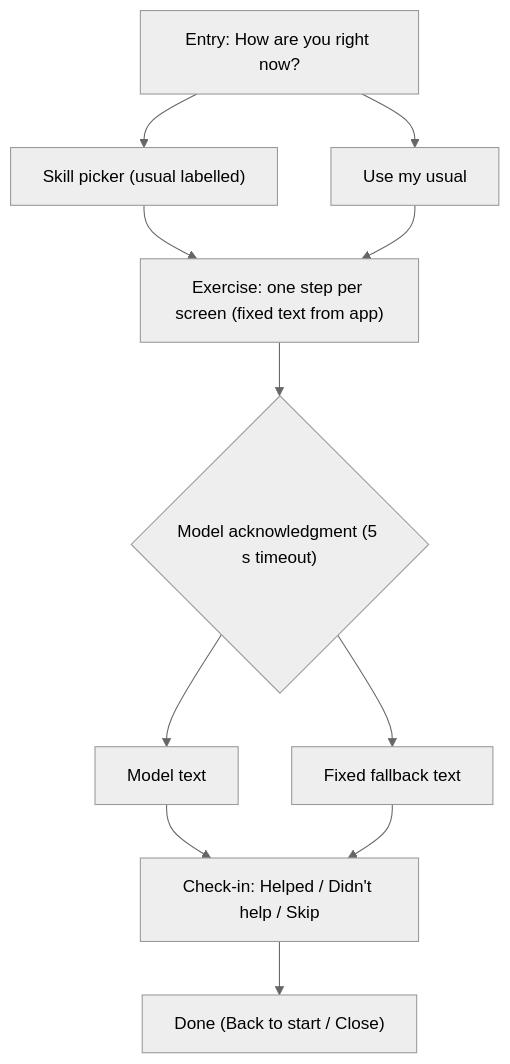
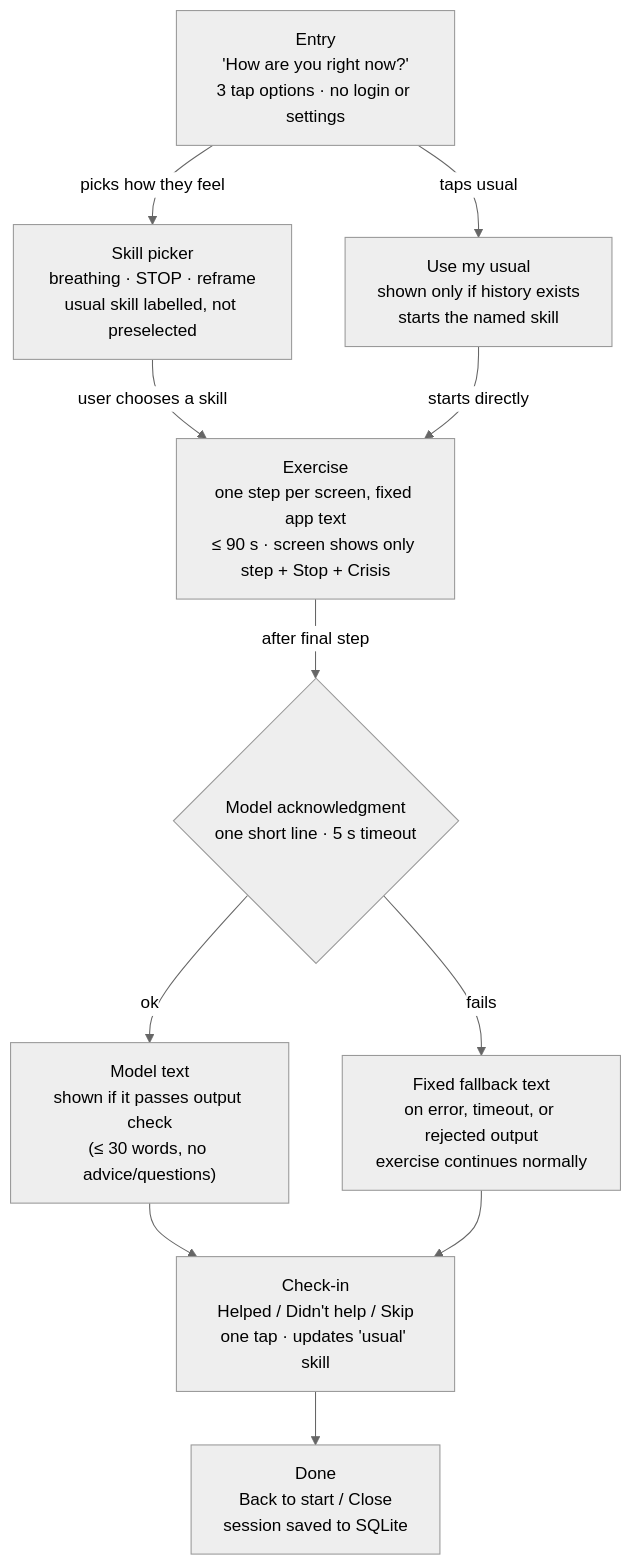
One commit to afukuda69/mental-health-skills-app changed the diagram in docs/design.md. Above: the diagram before and after it, drawn with Mermaid (neutral theme).

Commit message:
Clarify flow diagram labels

````diff
--- a/docs/design.md
+++ b/docs/design.md
@@ -23,14 +23,14 @@
 ```mermaid
 flowchart TD
-    E["Entry: How are you right now?"]
-    E --> P["Skill picker (usual labelled)"]
-    E --> U["Use my usual"]
-    P --> X["Exercise: one step per screen (fixed text from app)"]
-    U --> X
-    X --> M{"Model acknowledgment (5 s timeout)"}
-    M --> MT["Model text"]
-    M --> FB["Fixed fallback text"]
-    MT --> C["Check-in: Helped / Didn't help / Skip"]
+    E["Entry<br/>'How are you right now?'<br/>3 tap options · no login or settings"]
+    E -->|picks how they feel| P["Skill picker<br/>breathing · STOP · reframe<br/>usual skill labelled, not preselected"]
+    E -->|taps usual| U["Use my usual<br/>shown only if history exists<br/>starts the named skill"]
+    P -->|user chooses a skill| X["Exercise<br/>one step per screen, fixed app text<br/>≤ 90 s · screen shows only step + Stop + Crisis"]
+    U -->|starts directly| X
+    X -->|after final step| M{"Model acknowledgment<br/>one short line · 5 s timeout"}
+    M -->|ok| MT["Model text<br/>shown if it passes output check<br/>(≤ 30 words, no advice/questions)"]
+    M -->|fails| FB["Fixed fallback text<br/>on error, timeout, or rejected output<br/>exercise continues normally"]
+    MT --> C["Check-in<br/>Helped / Didn't help / Skip<br/>one tap · updates 'usual' skill"]
     FB --> C
-    C --> D["Done (Back to start / Close)"]
+    C --> D["Done<br/>Back to start / Close<br/>session saved to SQLite"]
 ```
````
